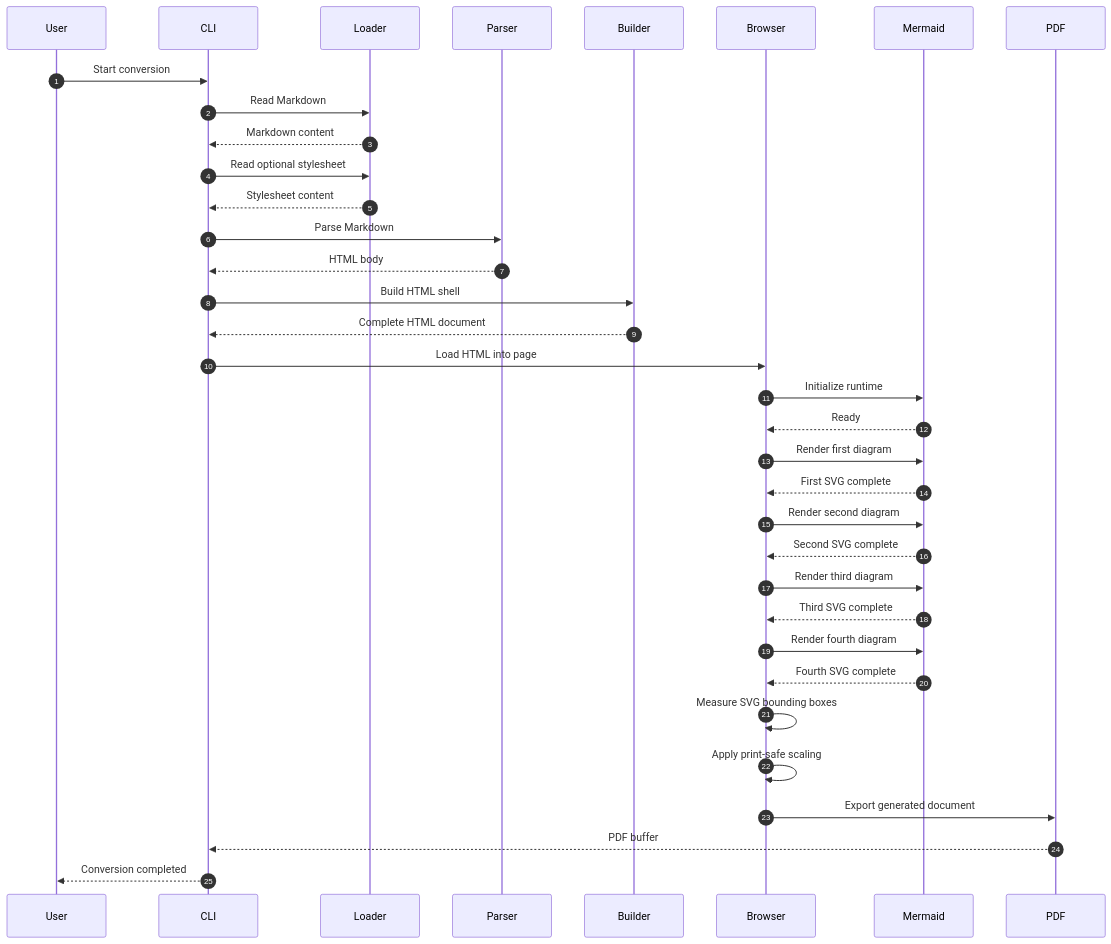
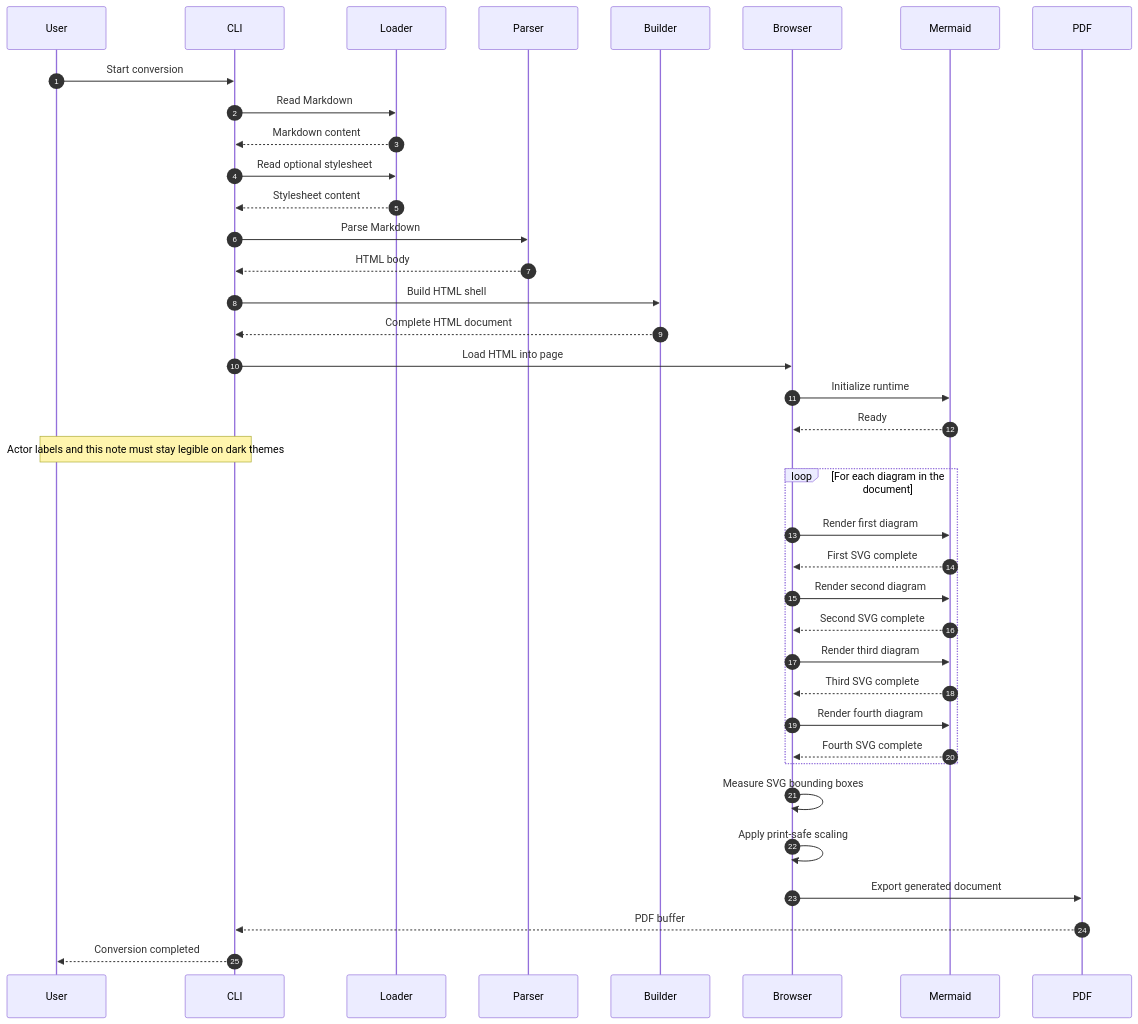
Before and after one commit to Fe4rlessCloak/MD-To-PDF: the second of 5 diagrams in documents/test-fixtures.md, drawn with Mermaid. The commit also changed 2 other files, not shown here.

````diff
--- a/documents/test-fixtures.md
+++ b/documents/test-fixtures.md
@@ -30,38 +30,41 @@
 ```mermaid
 sequenceDiagram
     autonumber
     participant User
     participant CLI
     participant Loader
     participant Parser
     participant Builder
     participant Browser
     participant Mermaid
     participant PDF
 
     User->>CLI: Start conversion
     CLI->>Loader: Read Markdown
     Loader-->>CLI: Markdown content
     CLI->>Loader: Read optional stylesheet
     Loader-->>CLI: Stylesheet content
     CLI->>Parser: Parse Markdown
     Parser-->>CLI: HTML body
     CLI->>Builder: Build HTML shell
     Builder-->>CLI: Complete HTML document
     CLI->>Browser: Load HTML into page
     Browser->>Mermaid: Initialize runtime
     Mermaid-->>Browser: Ready
+    Note over User,CLI: Actor labels and this note must stay legible on dark themes
+    loop For each diagram in the document
     Browser->>Mermaid: Render first diagram
     Mermaid-->>Browser: First SVG complete
     Browser->>Mermaid: Render second diagram
     Mermaid-->>Browser: Second SVG complete
     Browser->>Mermaid: Render third diagram
     Mermaid-->>Browser: Third SVG complete
     Browser->>Mermaid: Render fourth diagram
     Mermaid-->>Browser: Fourth SVG complete
+    end
     Browser->>Browser: Measure SVG bounding boxes
     Browser->>Browser: Apply print-safe scaling
     Browser->>PDF: Export generated document
     PDF-->>CLI: PDF buffer
     CLI-->>User: Conversion completed
 ```
````
